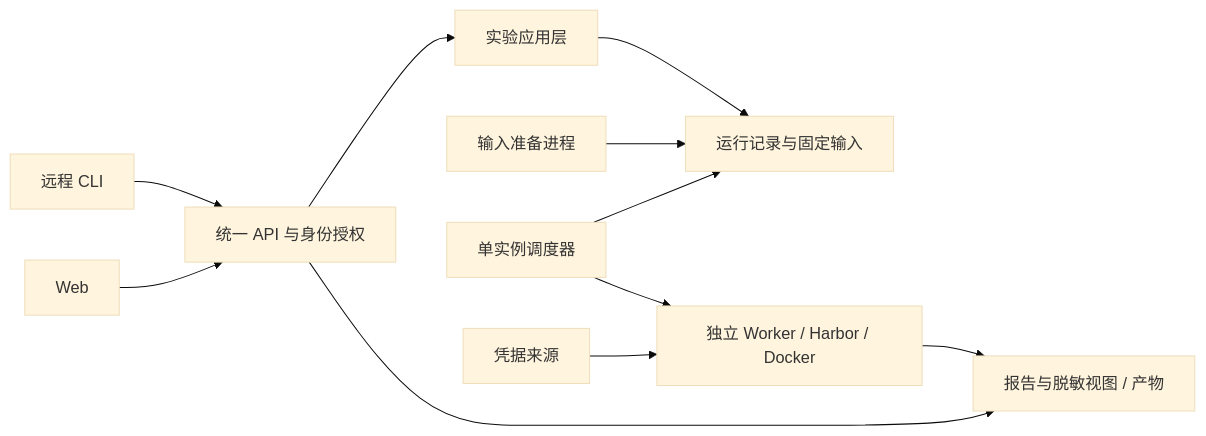
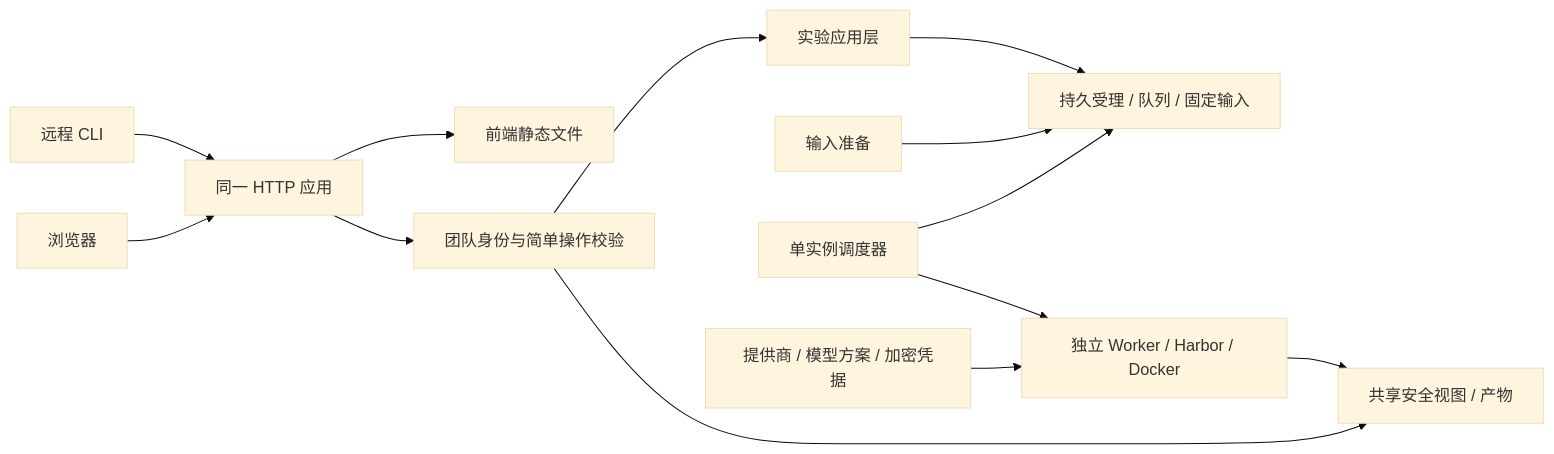
One commit to au12321ua/harbor-helper changed the diagram in docs/service-design.md. Above: the diagram before and after it, drawn with Mermaid (base theme). The commit also changed other lines of this file and 3 other files, not shown here.

````diff
--- a/docs/service-design.md
+++ b/docs/service-design.md
@@ -100,13 +111,15 @@
 ```mermaid
 flowchart LR
-    C[远程 CLI] --> A[统一 API 与身份授权]
-    W[Web] --> A
+    C[远程 CLI] --> H[同一 HTTP 应用]
+    B[浏览器] --> H
+    H --> F[前端静态文件]
+    H --> A[团队身份与简单操作校验]
     A --> E[实验应用层]
-    E --> D[运行记录与固定输入]
-    P[输入准备进程] --> D
+    E --> D[持久受理 / 队列 / 固定输入]
+    P[输入准备] --> D
     S[单实例调度器] --> D
     S --> X[独立 Worker / Harbor / Docker]
-    K[凭据来源] --> X
-    X --> V[报告与脱敏视图 / 产物]
+    K[提供商 / 模型方案 / 加密凭据] --> X
+    X --> V[共享安全视图 / 产物]
     A --> V
 ```
````
